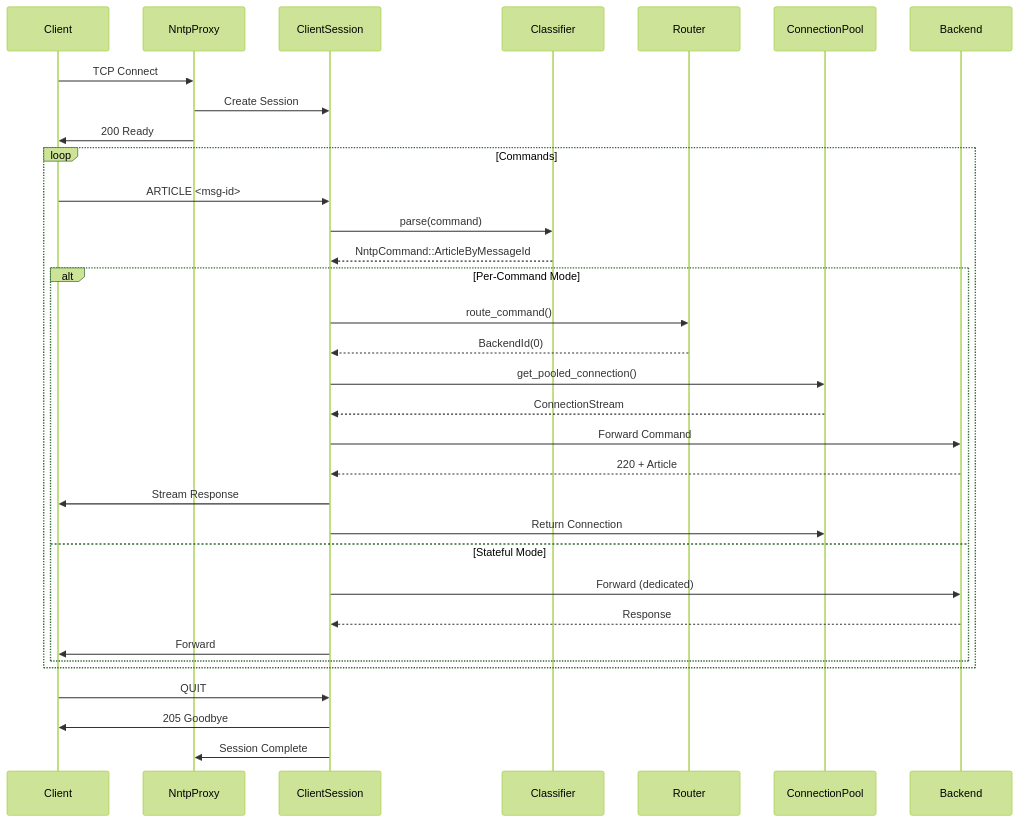
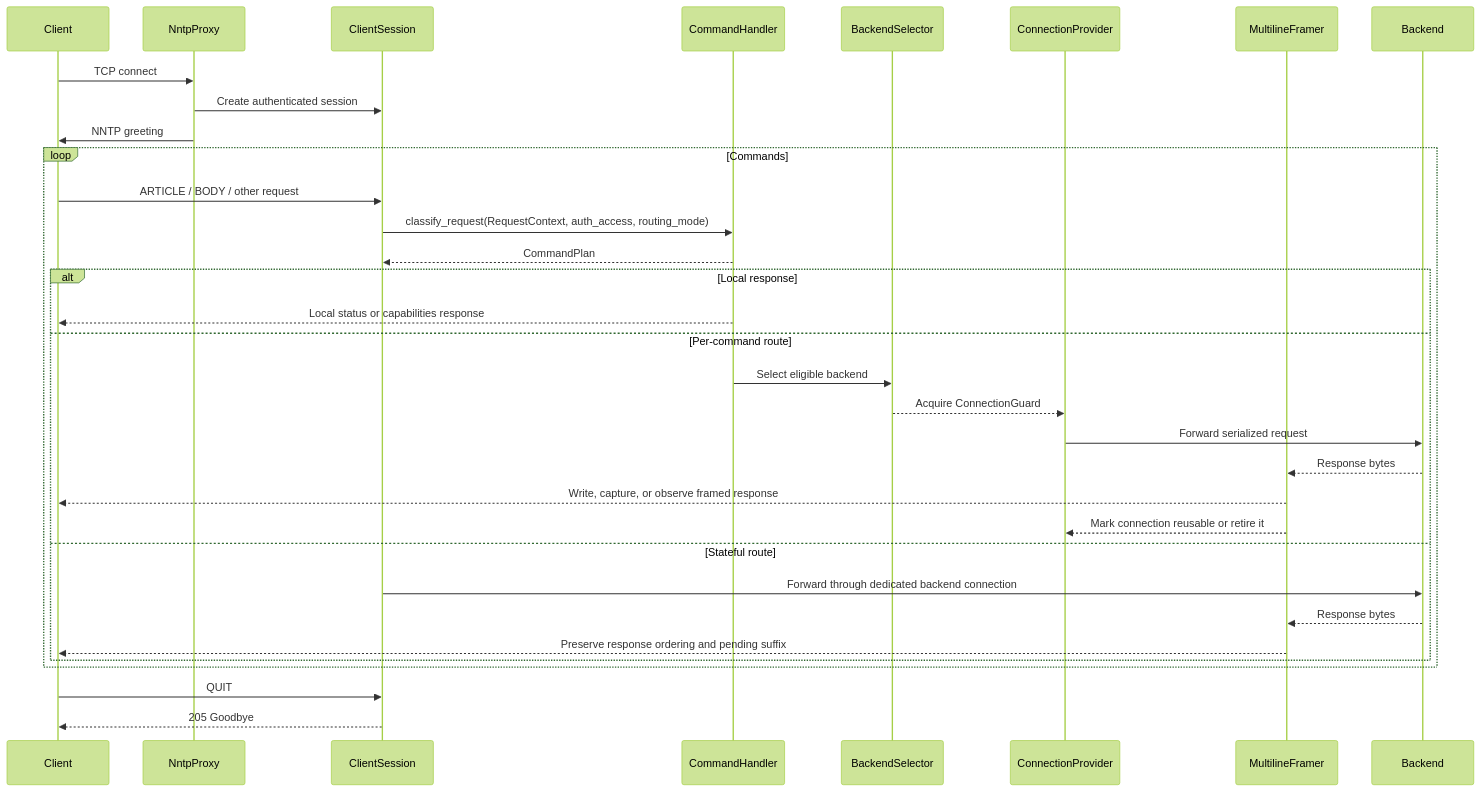
Before and after one commit to mjc/nntp-proxy: the diagram in docs/internal/request-flow.mmd, drawn with Mermaid (forest theme). The commit also changed 8 other files, not shown here.

```diff
--- a/docs/internal/request-flow.mmd
+++ b/docs/internal/request-flow.mmd
@@ -1,37 +1,36 @@
 sequenceDiagram
     participant C as Client
     participant P as NntpProxy
     participant S as ClientSession
-    participant CL as Classifier
-    participant R as Router
-    participant Pool as ConnectionPool
+    participant H as CommandHandler
+    participant R as BackendSelector
+    participant Pool as ConnectionProvider
+    participant F as MultilineFramer
     participant B as Backend
 
-    C->>P: TCP Connect
-    P->>S: Create Session
-    P->>C: 200 Ready
-    
+    C->>P: TCP connect
+    P->>S: Create authenticated session
+    P->>C: NNTP greeting
+
     loop Commands
-        C->>S: ARTICLE <msg-id>
-        S->>CL: parse(command)
-        CL-->>S: NntpCommand::ArticleByMessageId
-        
-        alt Per-Command Mode
-            S->>R: route_command()
-            R-->>S: BackendId(0)
-            S->>Pool: get_pooled_connection()
-            Pool-->>S: ConnectionStream
-            S->>B: Forward Command
-            B-->>S: 220 + Article
-            S->>C: Stream Response
-            S->>Pool: Return Connection
-        else Stateful Mode
-            S->>B: Forward (dedicated)
-            B-->>S: Response
-            S->>C: Forward
+        C->>S: ARTICLE / BODY / other request
+        S->>H: classify_request(RequestContext, auth_access, routing_mode)
+        H-->>S: CommandPlan
+        alt Local response
+            H-->>C: Local status or capabilities response
+        else Per-command route
+            H->>R: Select eligible backend
+            R-->>Pool: Acquire ConnectionGuard
+            Pool->>B: Forward serialized request
+            B-->>F: Response bytes
+            F-->>C: Write, capture, or observe framed response
+            F-->>Pool: Mark connection reusable or retire it
+        else Stateful route
+            S->>B: Forward through dedicated backend connection
+            B-->>F: Response bytes
+            F-->>C: Preserve response ordering and pending suffix
         end
     end
-    
+
     C->>S: QUIT
-    S->>C: 205 Goodbye
-    S->>P: Session Complete
+    S-->>C: 205 Goodbye
```
